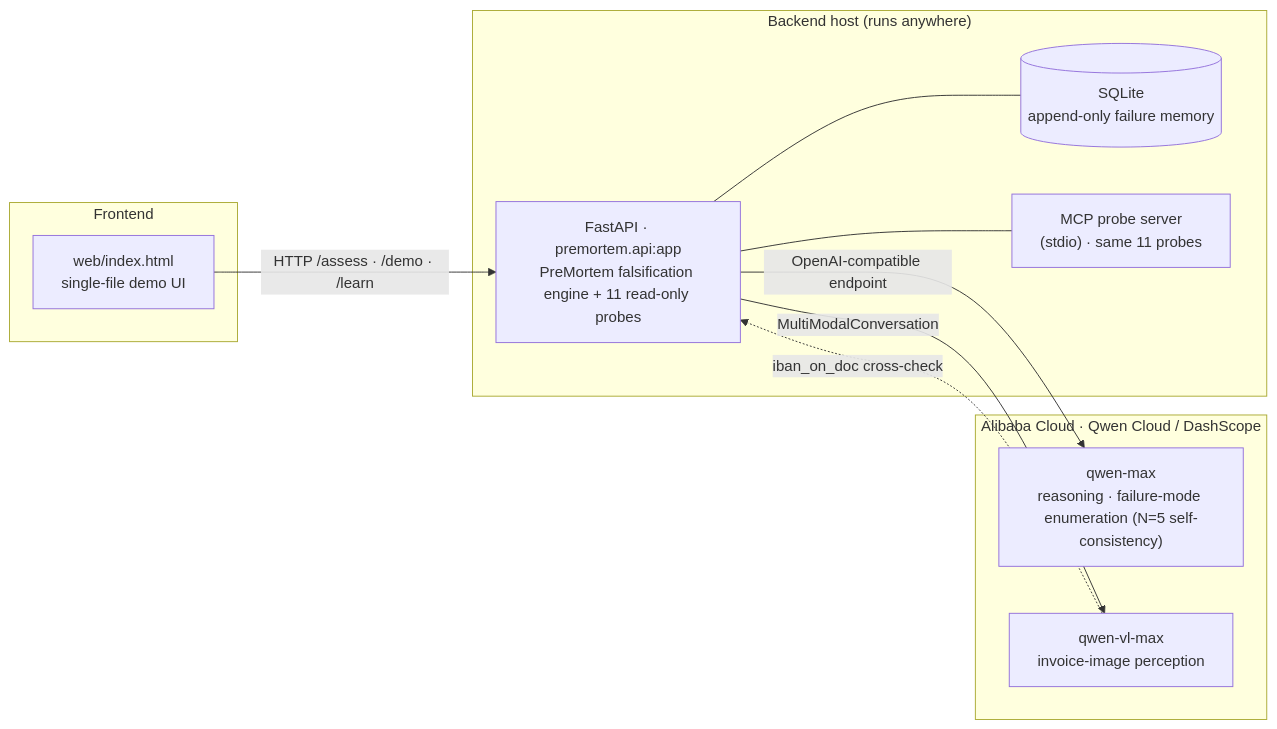
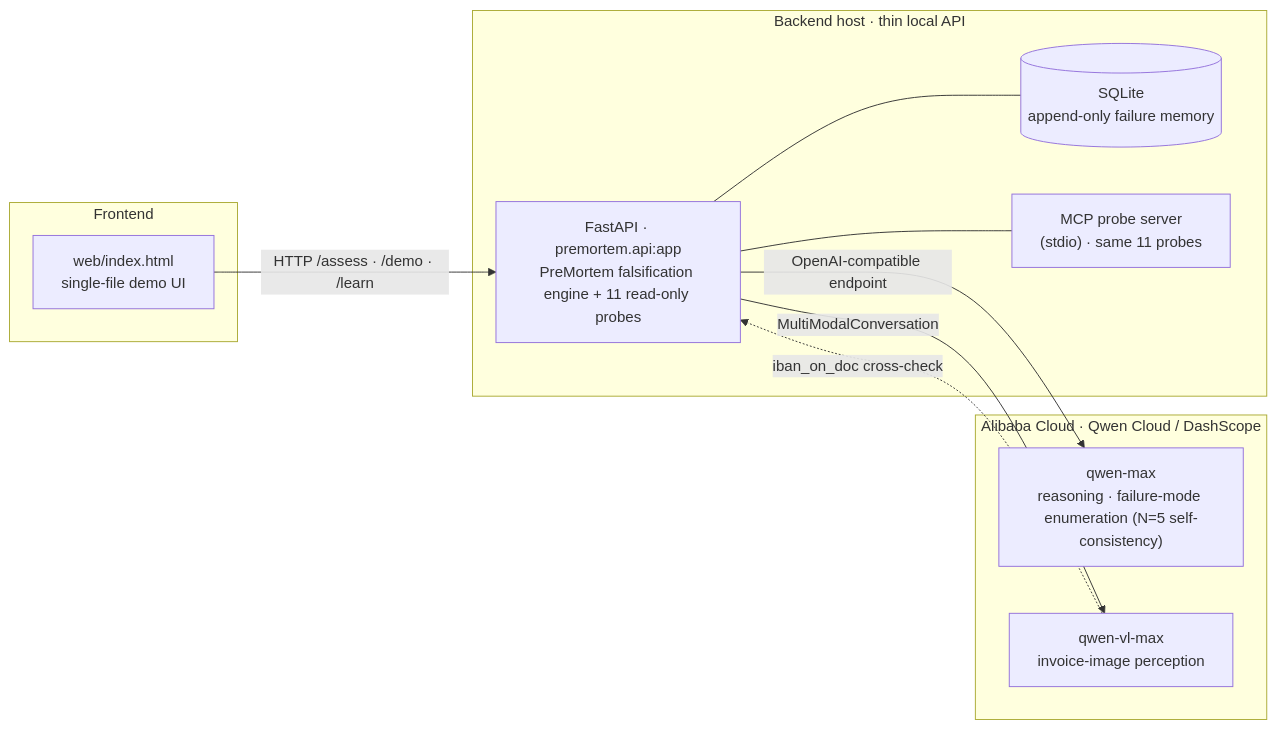
Before and after one commit to Hokutoman00/premortem-agent: the first of 2 diagrams in docs/ARCHITECTURE.md, drawn with Mermaid. The commit also changed 1 other file, not shown here.

Commit message:
docs: frame backend as thin local API, lead with Alibaba Cloud model compute
Eligibility-risk hardening: foreground that qwen-max reasoning and
qwen-vl-max invoice perception run on Qwen Cloud / DashScope (Alibaba
Cloud), and frame the FastAPI surface as a thin local API rather than
runs-anywhere. Honest — does not claim the backend is Alibaba-hosted.

````diff
--- a/docs/ARCHITECTURE.md
+++ b/docs/ARCHITECTURE.md
@@ -14,24 +14,24 @@
 ```mermaid
 flowchart LR
     subgraph Client [Frontend]
       UI["web/index.html<br/>single-file demo UI"]
     end
 
-    subgraph Host ["Backend host (runs anywhere)"]
+    subgraph Host ["Backend host · thin local API"]
       API["FastAPI · premortem.api:app<br/>PreMortem falsification engine + 11 read-only probes"]
       DB[("SQLite<br/>append-only failure memory")]
       MCP["MCP probe server<br/>(stdio) · same 11 probes"]
       API --- DB
       API --- MCP
     end
 
     subgraph Alibaba ["Alibaba Cloud · Qwen Cloud / DashScope"]
       QMAX["qwen-max<br/>reasoning · failure-mode enumeration (N=5 self-consistency)"]
       QVL["qwen-vl-max<br/>invoice-image perception"]
     end
 
     UI -->|"HTTP /assess · /demo · /learn"| API
     API -->|"OpenAI-compatible endpoint"| QMAX
     API -->|"MultiModalConversation"| QVL
     QVL -. "iban_on_doc cross-check" .-> API
 ```
````
